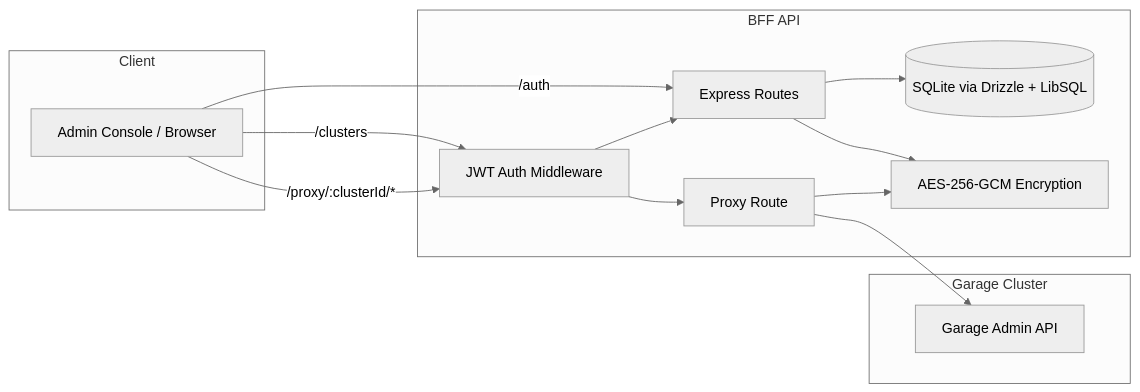
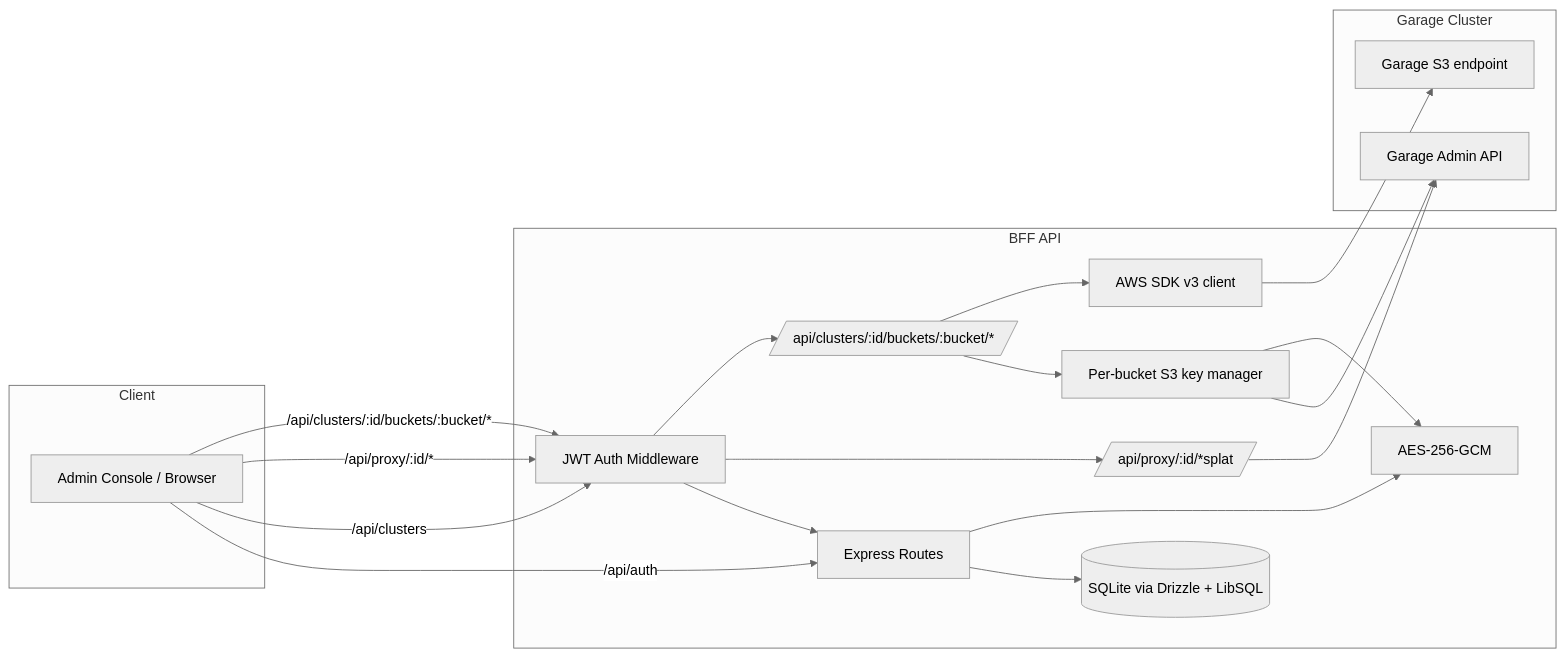
One commit to eyebrowkang/garage-admin-console changed the diagram in garage-admin-console/api/README.md. Above: the diagram before and after it, drawn with Mermaid (neutral theme). The commit also changed other lines of this file and 10 other files, not shown here.

````diff
--- a/garage-admin-console/api/README.md
+++ b/garage-admin-console/api/README.md
@@ -9,25 +16,33 @@
 ```mermaid
 flowchart LR
   subgraph Client
     Browser[Admin Console / Browser]
   end
 
   subgraph API[BFF API]
+    Auth[JWT Auth Middleware]
     Routes[Express Routes]
-    Auth[JWT Auth Middleware]
-    Proxy[Proxy Route]
+    Proxy[/api/proxy/:id/*splat/]
+    Buckets[/api/clusters/:id/buckets/:bucket/*/]
     DB[(SQLite via Drizzle + LibSQL)]
-    Crypto[AES-256-GCM Encryption]
+    Crypto[AES-256-GCM]
+    Keys[Per-bucket S3 key manager]
+    S3SDK[AWS SDK v3 client]
   end
 
   subgraph Garage[Garage Cluster]
     GarageAPI[Garage Admin API]
+    GarageS3[Garage S3 endpoint]
   end
 
-  Browser -->|/auth| Routes
-  Browser -->|/clusters| Auth --> Routes
-  Browser -->|/proxy/:clusterId/*| Auth --> Proxy --> GarageAPI
+  Browser -->|/api/auth| Routes
+  Browser -->|/api/clusters| Auth --> Routes
+  Browser -->|/api/proxy/:id/*| Auth --> Proxy --> GarageAPI
+  Browser -->|/api/clusters/:id/buckets/:bucket/*| Auth --> Buckets
+  Buckets --> Keys
+  Keys --> GarageAPI
+  Keys --> Crypto
+  Buckets --> S3SDK --> GarageS3
   Routes --> DB
   Routes --> Crypto
-  Proxy --> Crypto
 ```
````
